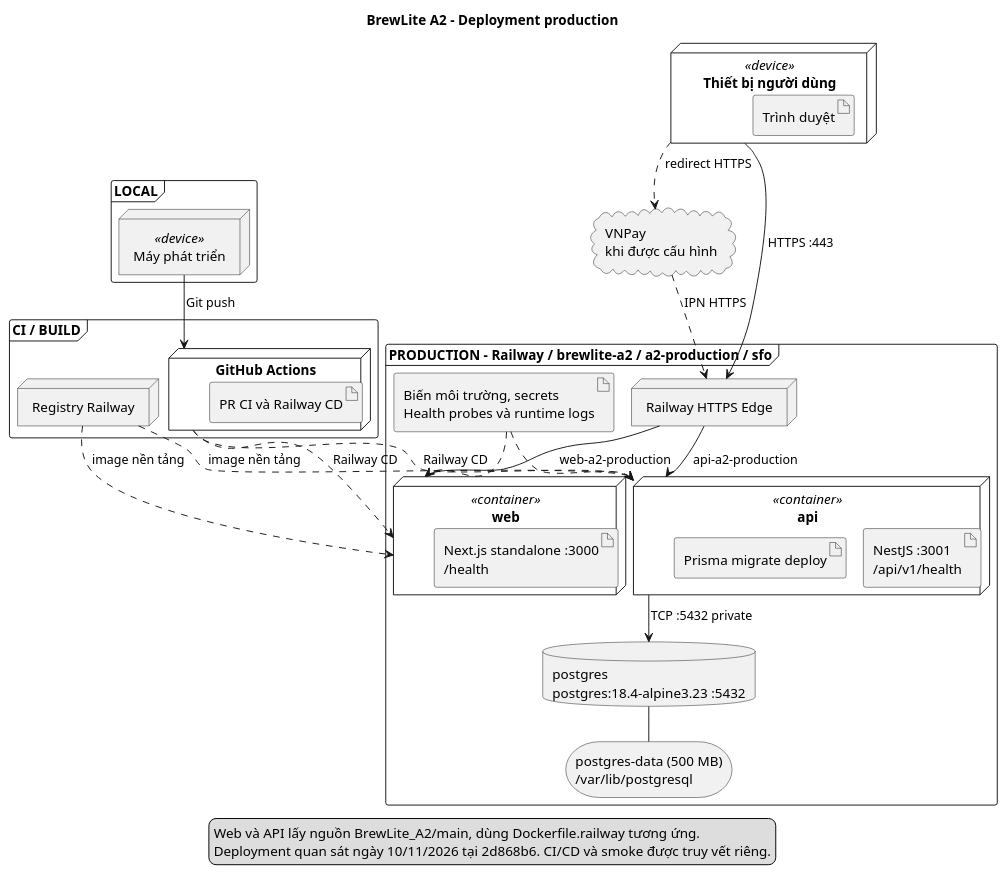
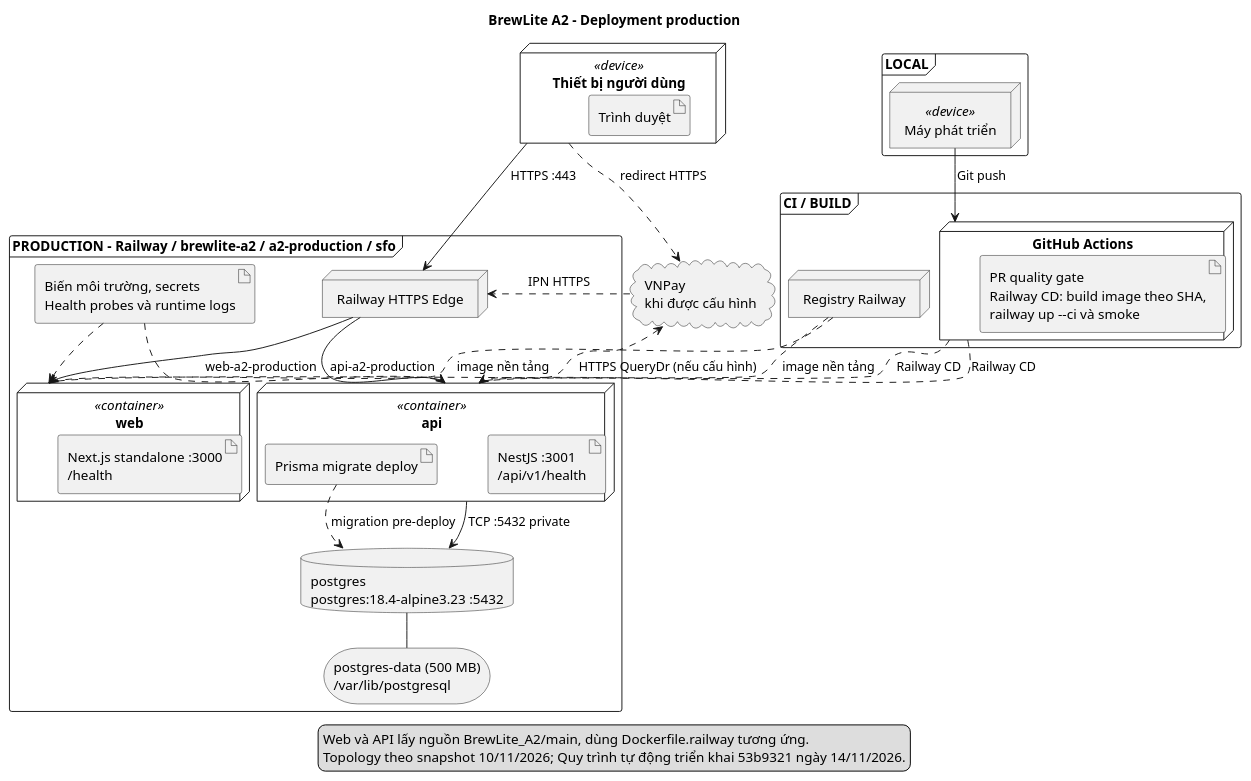
Before and after one commit to Fatcatmmb-sudo/BrewLite_A2: the diagram in docs/diagrams/deployment-production.puml, drawn with PlantUML. The commit also changed 31 other files, not shown here.

```diff
--- a/docs/diagrams/deployment-production.puml
+++ b/docs/diagrams/deployment-production.puml
@@ -1,54 +1,56 @@
 @startuml
 !pragma layout smetana
 title BrewLite A2 - Deployment production
 skinparam defaultFontName Arial
 skinparam shadowing false
 skinparam nodesep 25
 skinparam ranksep 35
 
 node "Thiết bị người dùng" as Browser <<device>> {
   artifact "Trình duyệt" as Client
   }
 frame "LOCAL" {
   node "Máy phát triển" as Dev <<device>>
 }
 frame "CI / BUILD" {
   node "GitHub Actions" as CI {
-    artifact "PR CI và Railway CD" as Workflows
+    artifact "PR quality gate\nRailway CD: build image theo SHA,\nrailway up --ci và smoke" as Workflows
   }
   node "Registry Railway" as Registry
 }
 frame "PRODUCTION - Railway / brewlite-a2 / a2-production / sfo" {
   node "Railway HTTPS Edge" as Edge
   node "web" as Web <<container>> {
     artifact "Next.js standalone :3000\n/health" as Next
   }
   node "api" as API <<container>> {
     artifact "NestJS :3001\n/api/v1/health" as Nest
     artifact "Prisma migrate deploy" as Prisma
   }
   database "postgres\npostgres:18.4-alpine3.23 :5432" as DB
   storage "postgres-data (500 MB)\n/var/lib/postgresql" as Volume
   artifact "Biến môi trường, secrets\nHealth probes và runtime logs" as Ops
 }
 cloud "VNPay\nkhi được cấu hình" as VN
 
 Dev --> CI : Git push
 CI ..> Web : Railway CD
 CI ..> API : Railway CD
 Registry ..> Web : image nền tảng
 Registry ..> API : image nền tảng
 Browser --> Edge : HTTPS :443
 Edge --> Web : web-a2-production
 Edge --> API : api-a2-production
 API --> DB : TCP :5432 private
 DB -- Volume
 Ops ..> Web
 Ops ..> API
 Browser ..> VN : redirect HTTPS
 VN ..> Edge : IPN HTTPS
+API ..> VN : HTTPS QueryDr (nếu cấu hình)
+Prisma ..> DB : migration pre-deploy
 legend bottom
   Web và API lấy nguồn BrewLite_A2/main, dùng Dockerfile.railway tương ứng.
-  Deployment quan sát ngày 10/11/2026 tại 2d868b6. CI/CD và smoke được truy vết riêng.
+  Topology theo snapshot 10/11/2026; Quy trình tự động triển khai 53b9321 ngày 14/11/2026.
 endlegend
 @enduml
```
